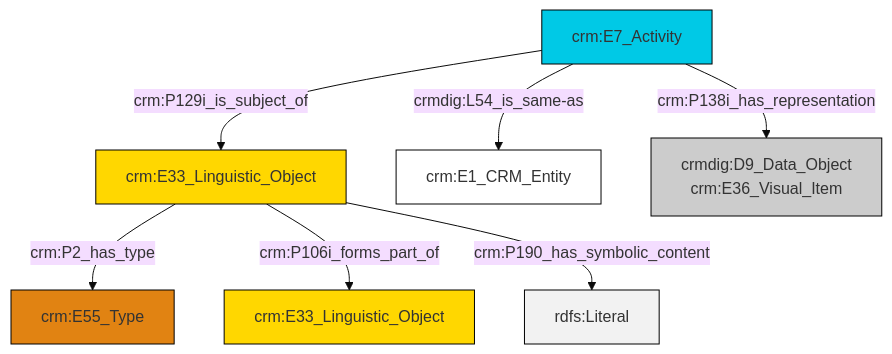
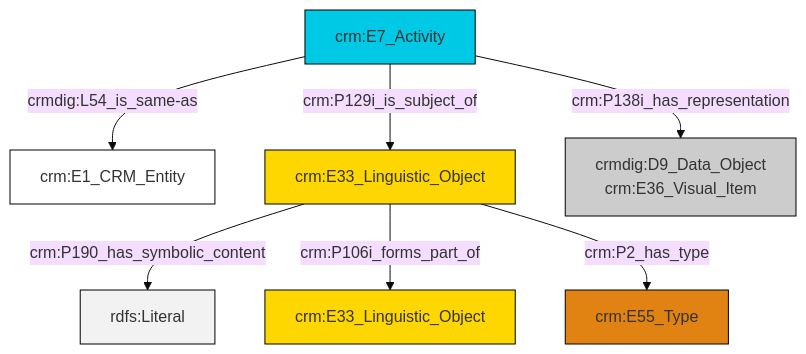
Before and after one commit to swiss-art-research-net/reference-data-models: the diagram in et/eventCSV/ttl/mmd/event_documentation.ttl.mmd, drawn with Mermaid (base theme). The commit also changed 122 other files, not shown here.

```diff
--- a/et/eventCSV/ttl/mmd/event_documentation.ttl.mmd
+++ b/et/eventCSV/ttl/mmd/event_documentation.ttl.mmd
@@ -1,21 +1,21 @@
 graph TD
 classDef Literal fill:#f2f2f2,stroke:#000000;
 classDef CRM_Entity fill:#FFFFFF,stroke:#000000;
 classDef Temporal_Entity fill:#00C9E6, stroke:#000000;
 classDef Type fill:#E18312, stroke:#000000;
 classDef Time-Span fill:#2C9C91, stroke:#000000;
 classDef Appellation fill:#FFEB7F, stroke:#000000;
 classDef Place fill:#008836, stroke:#000000;
 classDef Persistent_Item fill:#B266B2, stroke:#000000;
 classDef Conceptual_Object fill:#FFD700, stroke:#000000;
 classDef Physical_Thing fill:#D2B48C, stroke:#000000;
 classDef Actor fill:#f58aad, stroke:#000000;
 classDef PC_Classes fill:#4ce600, stroke:#000000;
 classDef Multi fill:#cccccc,stroke:#000000;
 
-0["crm:E33_Linguistic_Object"]:::Conceptual_Object -->|crm:P2_has_type| 2["crm:E55_Type"]:::Type
-3["crm:E7_Activity"]:::Temporal_Entity -->|crmdig:L54_is_same-as| 4["crm:E1_CRM_Entity"]:::CRM_Entity
-0["crm:E33_Linguistic_Object"]:::Conceptual_Object -->|crm:P106i_forms_part_of| 5["crm:E33_Linguistic_Object"]:::Conceptual_Object
-3["crm:E7_Activity"]:::Temporal_Entity -->|crm:P129i_is_subject_of| 0["crm:E33_Linguistic_Object"]:::Conceptual_Object
-3["crm:E7_Activity"]:::Temporal_Entity -->|crm:P138i_has_representation| 7["crmdig:D9_Data_Object<br>crm:E36_Visual_Item"]:::Multi
-0["crm:E33_Linguistic_Object"]:::Conceptual_Object -->|crm:P190_has_symbolic_content| 12[rdfs:Literal]:::Literal
+0["crm:E7_Activity"]:::Temporal_Entity -->|crmdig:L54_is_same-as| 1["crm:E1_CRM_Entity"]:::CRM_Entity
+2["crm:E33_Linguistic_Object"]:::Conceptual_Object -->|crm:P190_has_symbolic_content| 7[rdfs:Literal]:::Literal
+0["crm:E7_Activity"]:::Temporal_Entity -->|crm:P138i_has_representation| 4["crmdig:D9_Data_Object<br>crm:E36_Visual_Item"]:::Multi
+2["crm:E33_Linguistic_Object"]:::Conceptual_Object -->|crm:P106i_forms_part_of| 9["crm:E33_Linguistic_Object"]:::Conceptual_Object
+2["crm:E33_Linguistic_Object"]:::Conceptual_Object -->|crm:P2_has_type| 11["crm:E55_Type"]:::Type
+0["crm:E7_Activity"]:::Temporal_Entity -->|crm:P129i_is_subject_of| 2["crm:E33_Linguistic_Object"]:::Conceptual_Object
```
